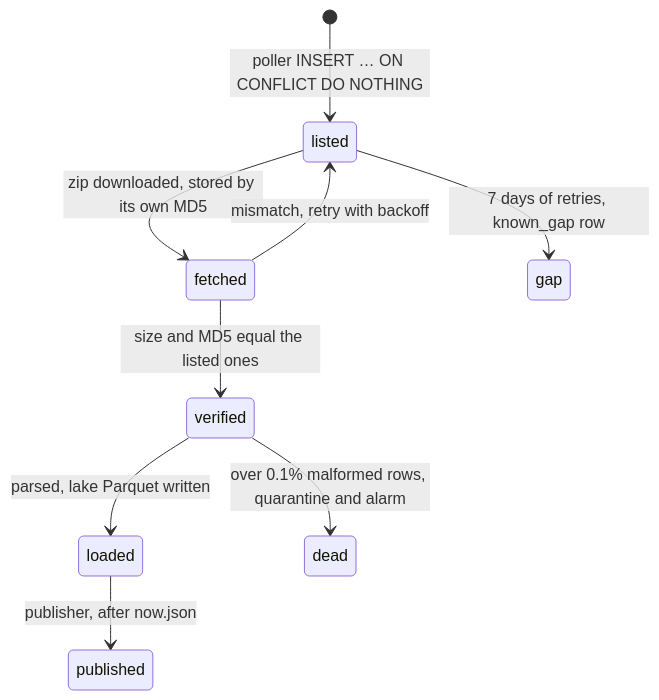
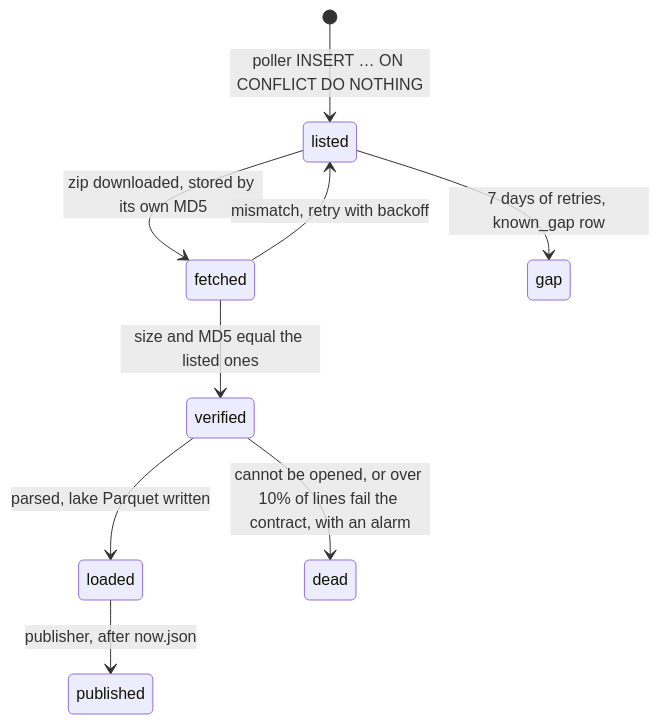
Before and after one commit to ShreeBohara/GlobaLens: the second of 2 diagrams in docs/design/p1.md, drawn with Mermaid. The commit also changed other lines of this file and 41 other files, not shown here.

````diff
--- a/docs/design/p1.md
+++ b/docs/design/p1.md
@@ -370,11 +370,11 @@
 ```mermaid
 stateDiagram-v2
   [*] --> listed: poller INSERT … ON CONFLICT DO NOTHING
   listed --> fetched: zip downloaded, stored by its own MD5
   fetched --> verified: size and MD5 equal the listed ones
   fetched --> listed: mismatch, retry with backoff
   verified --> loaded: parsed, lake Parquet written
   loaded --> published: publisher, after now.json
   listed --> gap: 7 days of retries, known_gap row
-  verified --> dead: over 0.1% malformed rows, quarantine and alarm
+  verified --> dead: cannot be opened, or over 10% of lines fail the contract, with an alarm
 ```
````
